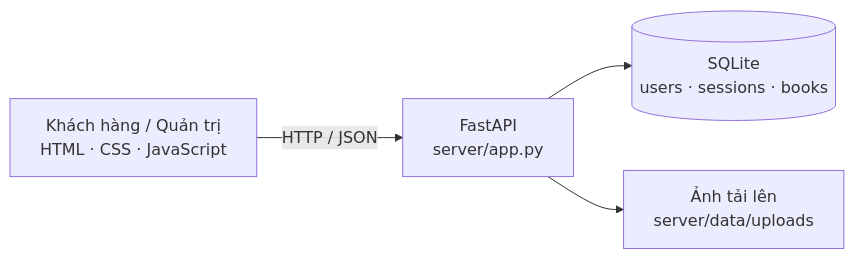
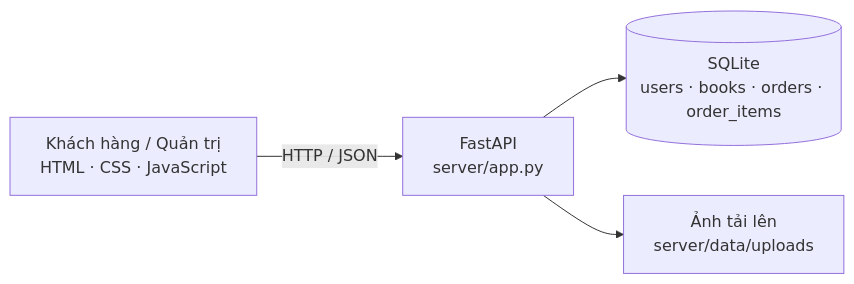
Before and after one commit to s2005on/-math-book-store: the first of 2 diagrams in README.md, drawn with Mermaid. The commit also changed other lines of this file and 64 other files, not shown here.

````diff
--- a/README.md
+++ b/README.md
@@ -45,10 +35,10 @@
 ```mermaid
 flowchart LR
     A["Khách hàng / Quản trị<br/>HTML · CSS · JavaScript"]
     B["FastAPI<br/>server/app.py"]
-    C[("SQLite<br/>users · sessions · books")]
+    C[("SQLite<br/>users · books · orders · order_items")]
     D["Ảnh tải lên<br/>server/data/uploads"]
     A -->|"HTTP / JSON"| B
     B --> C
     B --> D
 ```
````
